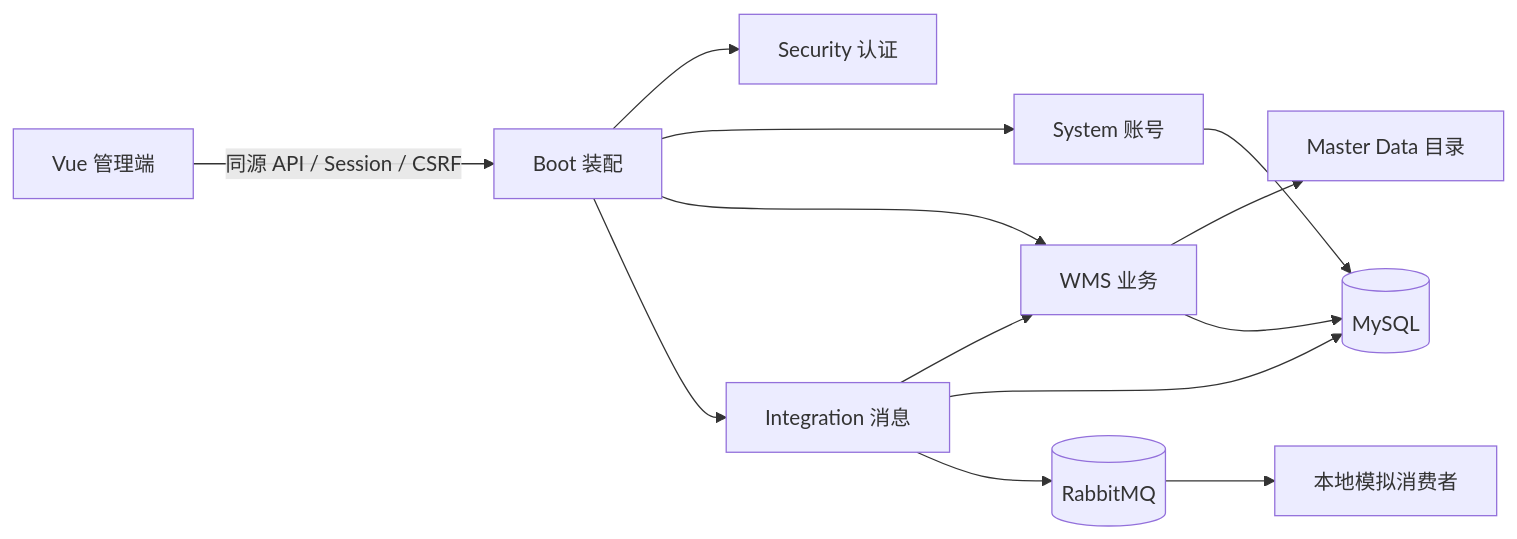
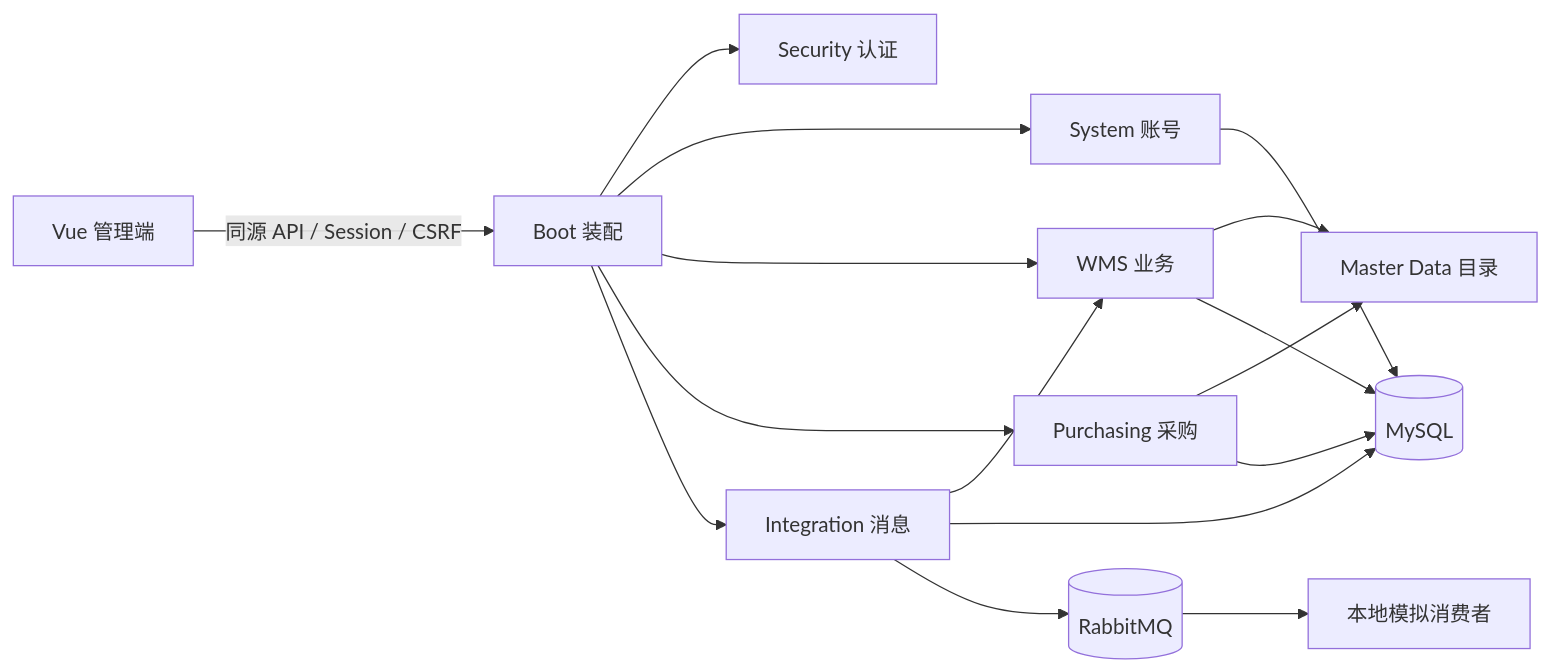
Before and after one commit to acczff/mdop-platform: the diagram in docs/reference/architecture.md, drawn with Mermaid. The commit also changed other lines of this file and 27 other files, not shown here.

````diff
--- a/docs/reference/architecture.md
+++ b/docs/reference/architecture.md
@@ -18,15 +19,18 @@
 ```mermaid
 flowchart LR
   UI[Vue 管理端] -->|同源 API / Session / CSRF| BOOT[Boot 装配]
   BOOT --> SEC[Security 认证]
   BOOT --> SYS[System 账号]
   BOOT --> WMS[WMS 业务]
+  BOOT --> PUR[Purchasing 采购]
+  PUR --> MDM
+  PUR --> DB
   BOOT --> INT[Integration 消息]
   WMS --> MDM[Master Data 目录]
   WMS --> DB[(MySQL)]
   SYS --> DB
   INT --> WMS
   INT --> DB
   INT --> MQ[(RabbitMQ)]
   MQ --> SIM[本地模拟消费者]
 ```
````
